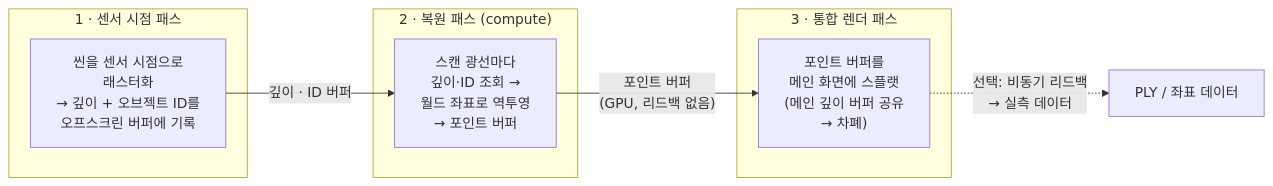
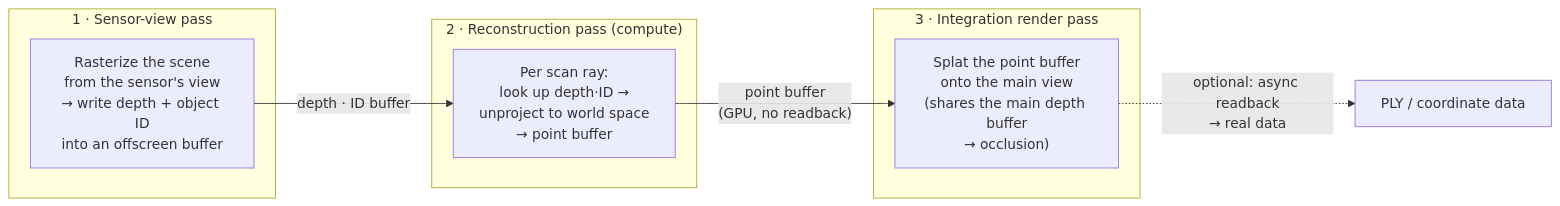
Before and after one commit to wonhotoss/LiDAR-mimic: the diagram in README.md, drawn with Mermaid. The commit also changed other lines of this file and 3 other files, not shown here.

````diff
--- a/README.md
+++ b/README.md
@@ -60,15 +67,15 @@
 ```mermaid
 flowchart LR
-    subgraph P1["1 · 센서 시점 패스"]
-        A["씬을 센서 시점으로<br/>래스터화<br/>→ 깊이 + 오브젝트 ID를<br/>오프스크린 버퍼에 기록"]
+    subgraph P1["1 · Sensor-view pass"]
+        A["Rasterize the scene<br/>from the sensor's view<br/>→ write depth + object ID<br/>into an offscreen buffer"]
     end
-    subgraph P2["2 · 복원 패스 (compute)"]
-        B["스캔 광선마다<br/>깊이·ID 조회 →<br/>월드 좌표로 역투영<br/>→ 포인트 버퍼"]
+    subgraph P2["2 · Reconstruction pass (compute)"]
+        B["Per scan ray:<br/>look up depth·ID →<br/>unproject to world space<br/>→ point buffer"]
     end
-    subgraph P3["3 · 통합 렌더 패스"]
-        C["포인트 버퍼를<br/>메인 화면에 스플랫<br/>(메인 깊이 버퍼 공유<br/>→ 차폐)"]
+    subgraph P3["3 · Integration render pass"]
+        C["Splat the point buffer<br/>onto the main view<br/>(shares the main depth buffer<br/>→ occlusion)"]
     end
-    A -->|"깊이 · ID 버퍼"| B
-    B -->|"포인트 버퍼<br/>(GPU, 리드백 없음)"| C
-    C -.->|"선택: 비동기 리드백<br/>→ 실측 데이터"| D["PLY / 좌표 데이터"]
+    A -->|"depth · ID buffer"| B
+    B -->|"point buffer<br/>(GPU, no readback)"| C
+    C -.->|"optional: async readback<br/>→ real data"| D["PLY / coordinate data"]
 ```
````
